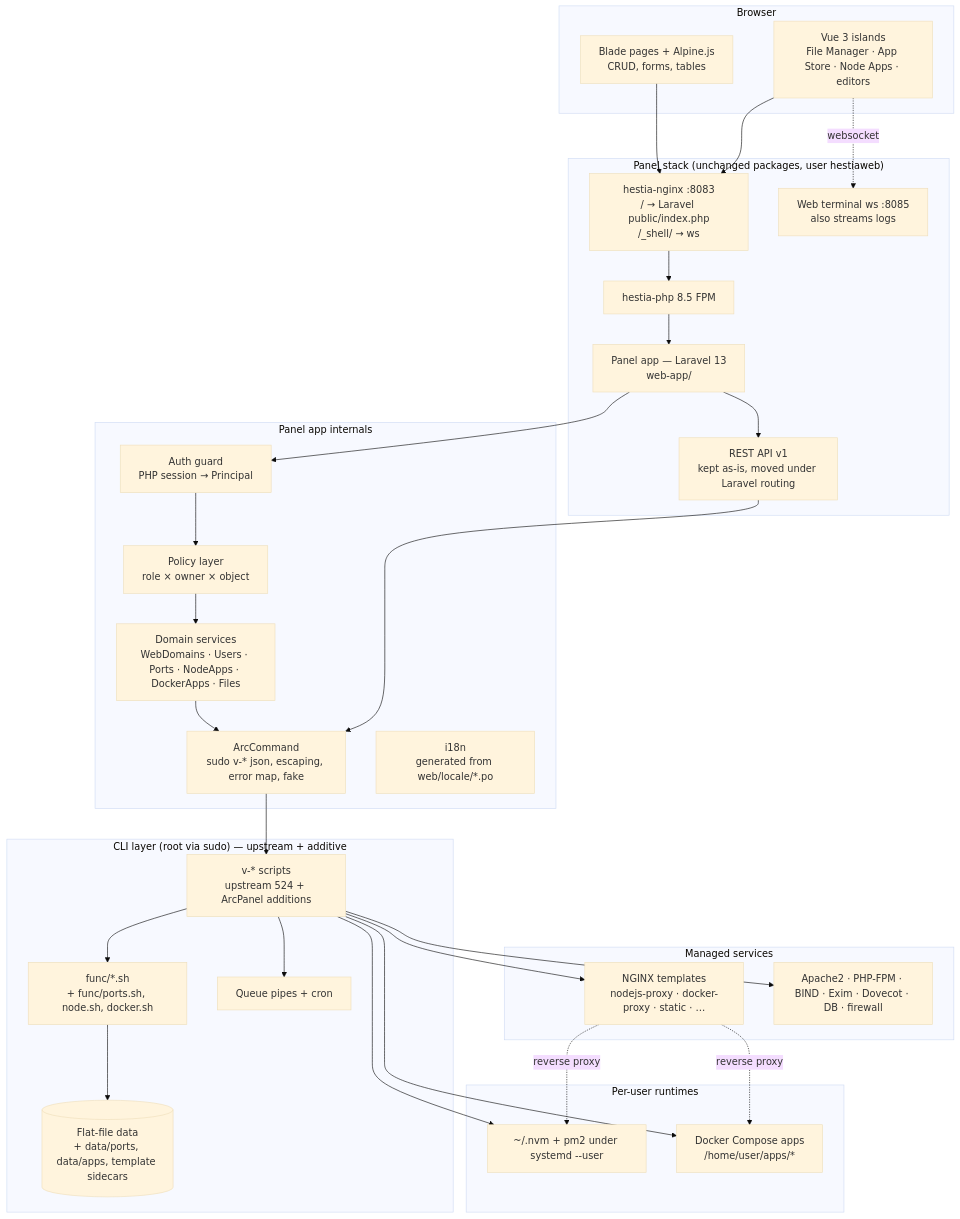
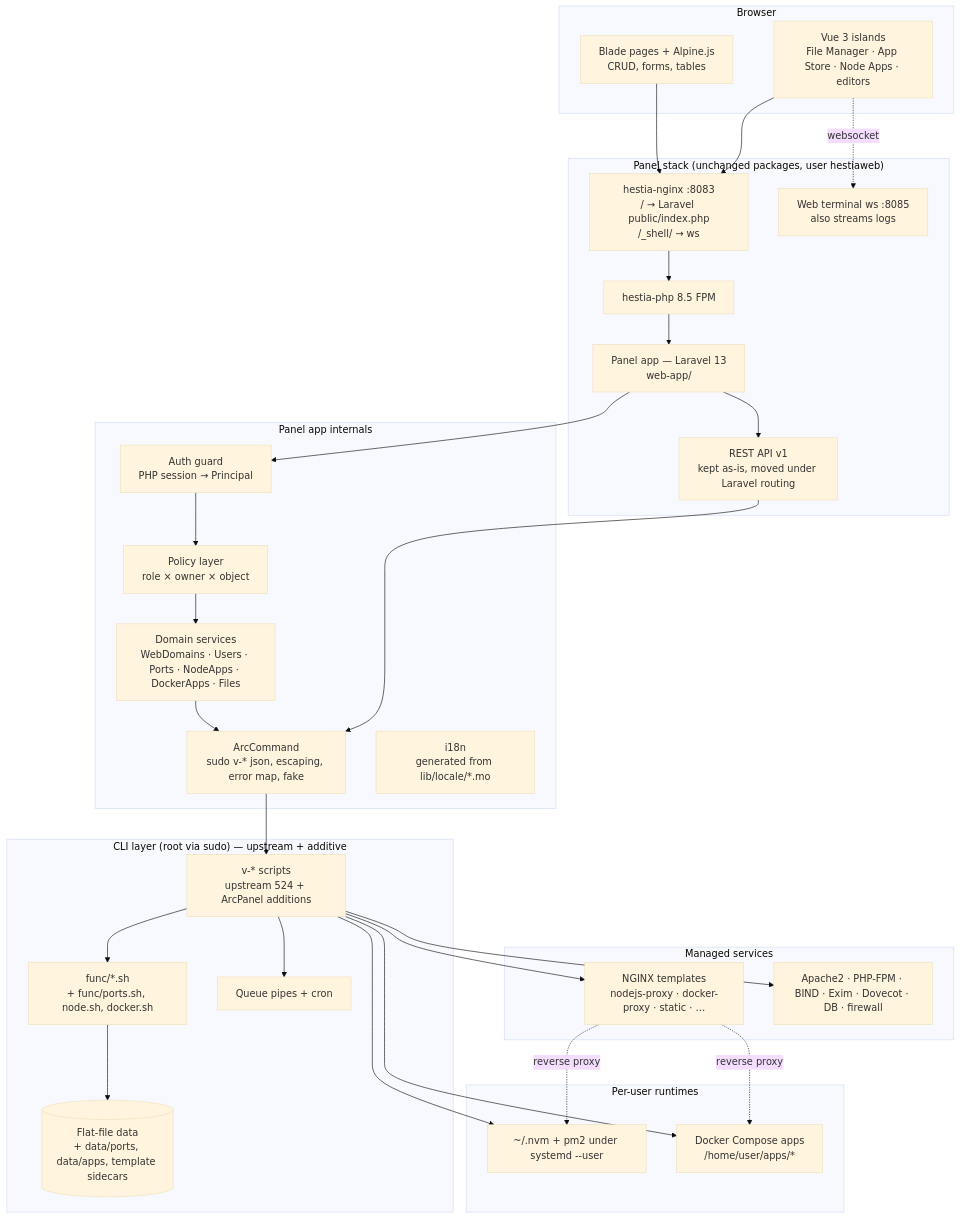
One commit to arc-panel-oss/arcpanel changed the second of 4 diagrams in docs/design/01-architecture-overview.md. Above: the diagram before and after it, drawn with Mermaid (base theme). The commit also changed other lines of this file and 8 other files, not shown here.

````diff
--- a/docs/design/01-architecture-overview.md
+++ b/docs/design/01-architecture-overview.md
@@ -37,55 +37,55 @@
 ```mermaid
 flowchart TB
   subgraph browser[Browser]
     blade[Blade pages + Alpine.js<br/>CRUD, forms, tables]
     islands[Vue 3 islands<br/>File Manager · App Store · Node Apps · editors]
   end
 
   subgraph panel["Panel stack (unchanged packages, user hestiaweb)"]
     hnginx[hestia-nginx :8083<br/>/ → Laravel public/index.php<br/>/_shell/ → ws]
     hphp[hestia-php 8.5 FPM]
     laravel[Panel app — Laravel 13<br/>web-app/]
     apiv1[REST API v1<br/>kept as-is, moved under Laravel routing]
     term[Web terminal ws :8085<br/>also streams logs]
   end
 
   subgraph app["Panel app internals"]
     auth[Auth guard<br/>PHP session → Principal]
     policy[Policy layer<br/>role × owner × object]
     hc[ArcCommand<br/>sudo v-* json, escaping, error map, fake]
     svc[Domain services<br/>WebDomains · Users · Ports · NodeApps · DockerApps · Files]
-    i18n[i18n<br/>generated from web/locale/*.po]
+    i18n[i18n<br/>generated from lib/locale/*.mo]
   end
 
   subgraph cli["CLI layer (root via sudo) — upstream + additive"]
     bin[v-* scripts<br/>upstream 524 + ArcPanel additions]
     func[func/*.sh<br/>+ func/ports.sh, node.sh, docker.sh]
     data[(Flat-file data<br/>+ data/ports, data/apps, template sidecars)]
     queue[Queue pipes + cron]
   end
 
   subgraph runtime[Per-user runtimes]
     nvm[~/.nvm + pm2 under systemd --user]
     docker[Docker Compose apps<br/>/home/user/apps/*]
   end
 
   subgraph services[Managed services]
     nginx[NGINX templates<br/>nodejs-proxy · docker-proxy · static · …]
     rest[Apache2 · PHP-FPM · BIND · Exim · Dovecot · DB · firewall]
   end
 
   blade --> hnginx
   islands --> hnginx
   hnginx --> hphp --> laravel
   laravel --> auth --> policy --> svc --> hc
   laravel --> apiv1 --> hc
   islands -. websocket .-> term
   hc --> bin --> func --> data
   bin --> queue
   bin --> nvm
   bin --> docker
   bin --> nginx
   bin --> rest
   nginx -. reverse proxy .-> nvm
   nginx -. reverse proxy .-> docker
 ```
````
